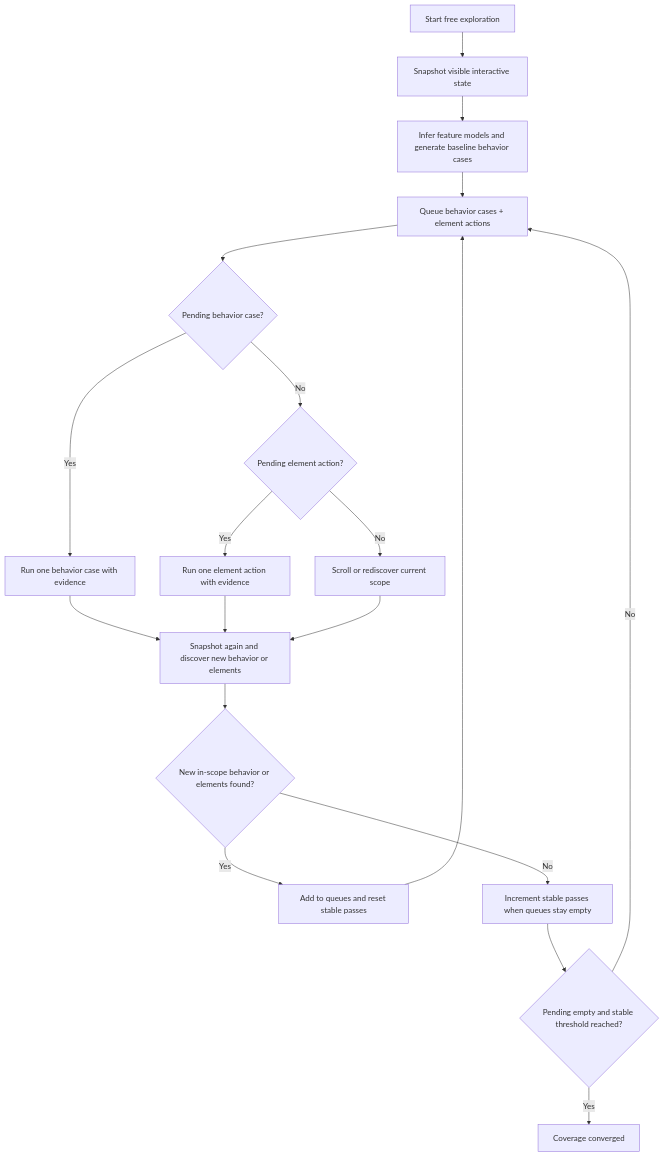
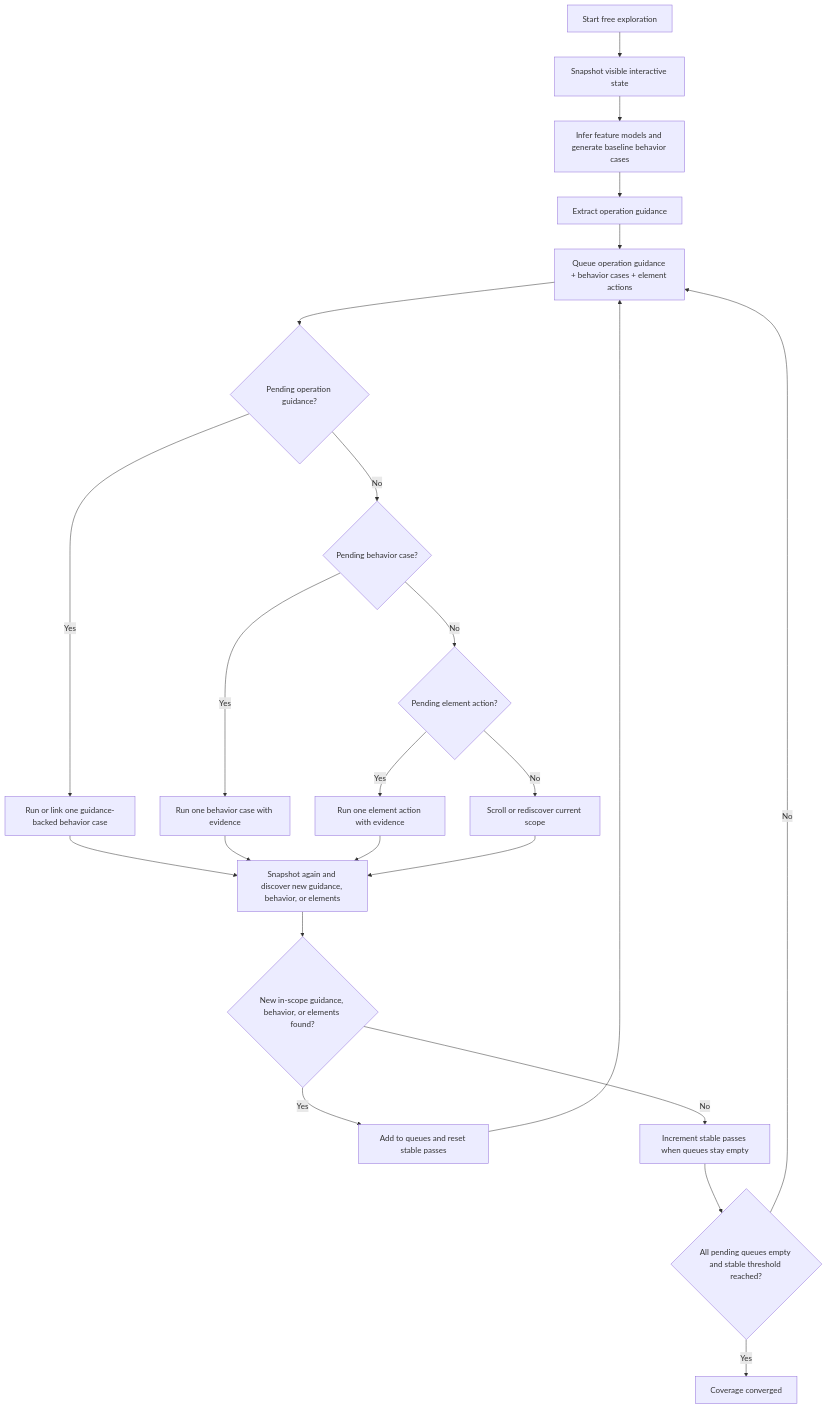
Before and after one commit to neo-hack/supermario: the diagram in skills/qa/references/free-exploration.md, drawn with Mermaid. The commit also changed 2 other files, not shown here.

Commit message:
:memo: docs(skills): address operation guidance review

````diff
--- a/skills/qa/references/free-exploration.md
+++ b/skills/qa/references/free-exploration.md
@@ -124,24 +124,28 @@
 ```mermaid
 flowchart TD
     start["Start free exploration"] --> snapshot["Snapshot visible interactive state"]
     snapshot --> baseline["Infer feature models and generate baseline behavior cases"]
-    baseline --> queue["Queue behavior cases + element actions"]
+    baseline --> guidanceExtract["Extract operation guidance"]
+    guidanceExtract --> queue["Queue operation guidance + behavior cases + element actions"]
 
-    queue --> behaviorPending{"Pending behavior case?"}
+    queue --> guidancePending{"Pending operation guidance?"}
+    guidancePending -->|Yes| guidance["Run or link one guidance-backed behavior case"]
+    guidancePending -->|No| behaviorPending{"Pending behavior case?"}
     behaviorPending -->|Yes| behavior["Run one behavior case with evidence"]
     behaviorPending -->|No| elementPending{"Pending element action?"}
     elementPending -->|Yes| element["Run one element action with evidence"]
     elementPending -->|No| discover["Scroll or rediscover current scope"]
 
-    behavior --> rediscover["Snapshot again and discover new behavior or elements"]
+    guidance --> rediscover["Snapshot again and discover new guidance, behavior, or elements"]
+    behavior --> rediscover
     element --> rediscover
     discover --> rediscover
 
-    rediscover --> newWork{"New in-scope behavior or elements found?"}
+    rediscover --> newWork{"New in-scope guidance, behavior, or elements found?"}
     newWork -->|Yes| reset["Add to queues and reset stable passes"]
     reset --> queue
     newWork -->|No| stable["Increment stable passes when queues stay empty"]
-    stable --> converged{"Pending empty and stable threshold reached?"}
+    stable --> converged{"All pending queues empty and stable threshold reached?"}
     converged -->|No| queue
     converged -->|Yes| done["Coverage converged"]
 ```
````
